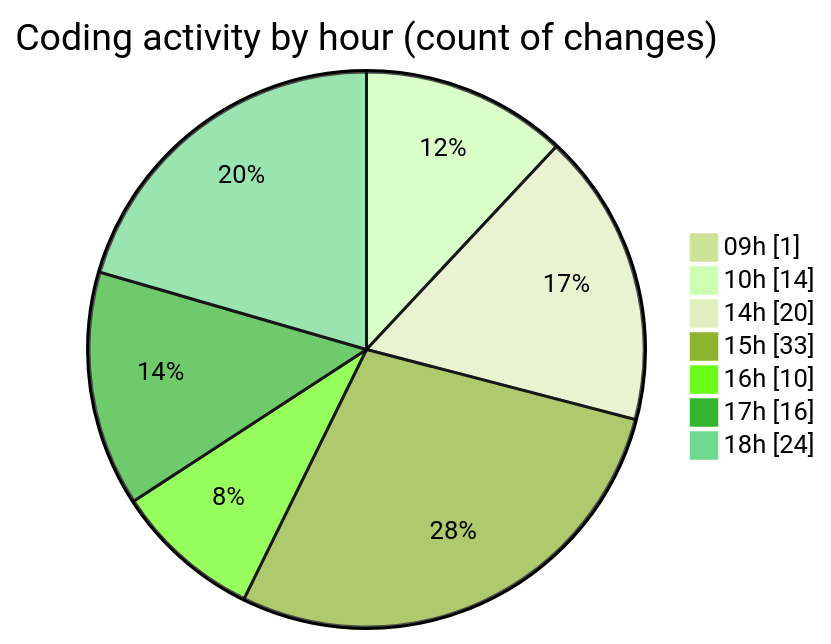
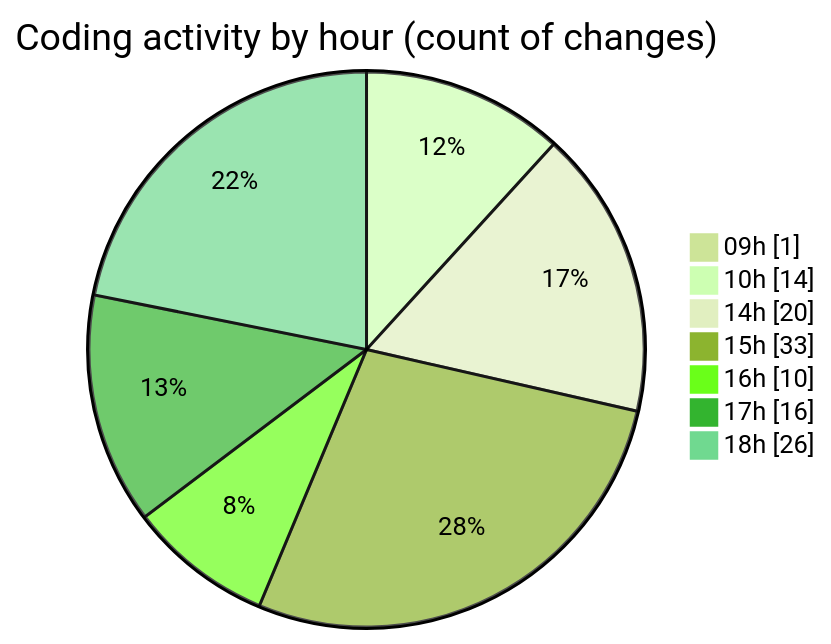
One commit to momahboobian/code-tracking changed the second of 2 diagrams in 2025-11-13/cda/README.md. Above: the diagram before and after it, drawn with Mermaid (forest theme). The commit also changed other lines of this file and 1 other file, not shown here.

````diff
--- a/2025-11-13/cda/README.md
+++ b/2025-11-13/cda/README.md
@@ -54,11 +55,11 @@
 ```mermaid
 pie showData
 title Coding activity by hour (count of changes)
 "09h" : 1
 "10h" : 14
 "14h" : 20
 "15h" : 33
 "16h" : 10
 "17h" : 16
-"18h" : 24
+"18h" : 26
 ```
````
